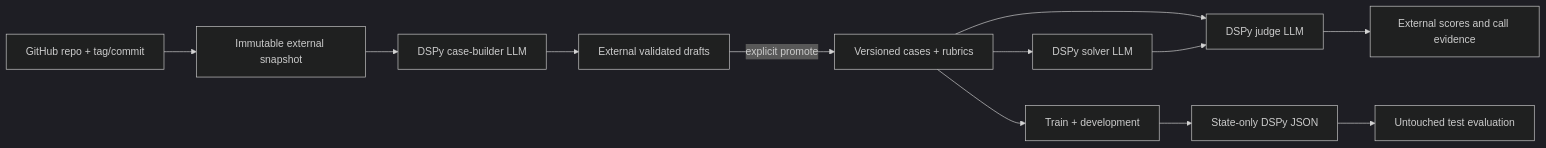
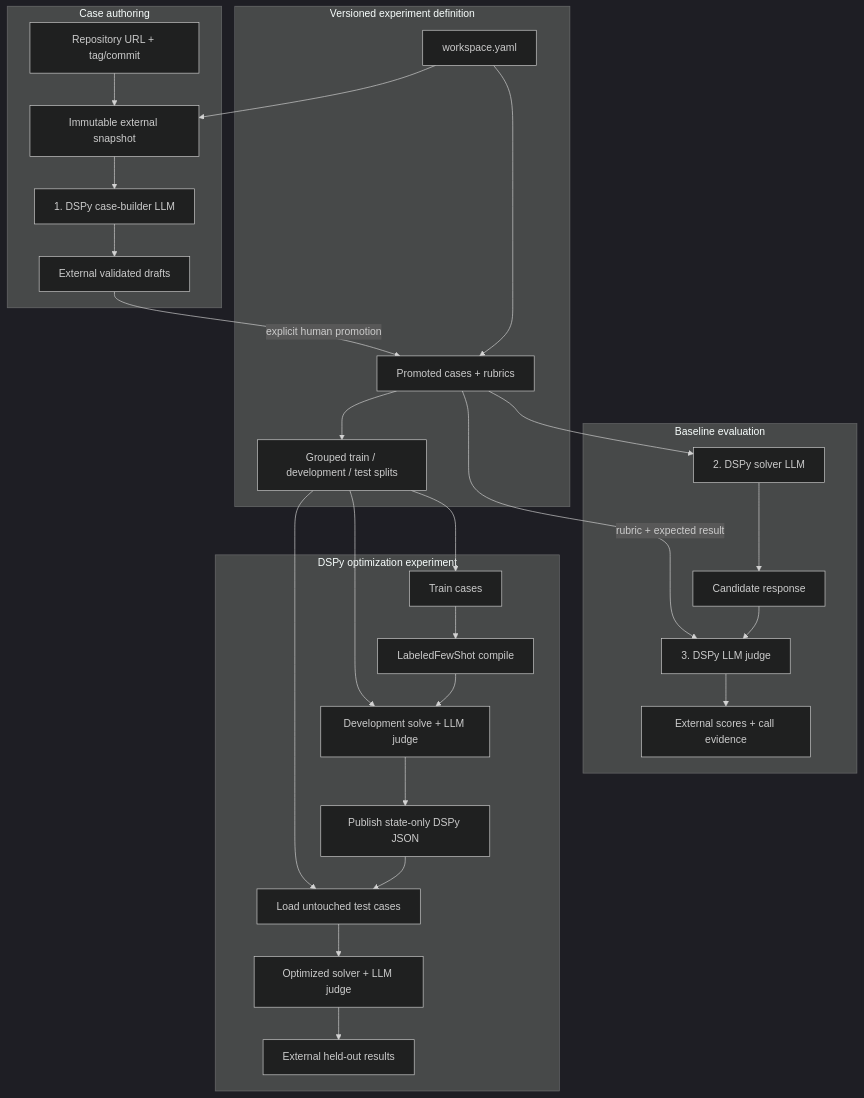
One commit to mainsequence-sdk/SdkAgentTraining changed the diagram in README.md. Above: the diagram before and after it, drawn with Mermaid (dark theme). The commit also changed other lines of this file and 9 other files, not shown here.

Commit message:
docs: align README with generic workspace architecture

````diff
--- a/README.md
+++ b/README.md
@@ -9,14 +34,38 @@
 ```mermaid
-flowchart LR
-    Repo["GitHub repo + tag/commit"] --> Snapshot["Immutable external snapshot"]
-    Snapshot --> Builder["DSPy case-builder LLM"]
-    Builder --> Drafts["External validated drafts"]
-    Drafts -->|"explicit promote"| Cases["Versioned cases + rubrics"]
-    Cases --> Solver["DSPy solver LLM"]
-    Cases --> Judge["DSPy judge LLM"]
-    Solver --> Judge
-    Judge --> Results["External scores and call evidence"]
-    Cases --> TrainDev["Train + development"]
-    TrainDev --> Compile["State-only DSPy JSON"]
-    Compile --> Test["Untouched test evaluation"]
+flowchart TB
+    subgraph Definition["Versioned experiment definition"]
+        Workspace["workspace.yaml"]
+        Cases["Promoted cases + rubrics"]
+        Splits["Grouped train / development / test splits"]
+        Workspace --> Cases
+        Cases --> Splits
+    end
+
+    subgraph Authoring["Case authoring"]
+        Repo["Repository URL + tag/commit"] --> Snapshot["Immutable external snapshot"]
+        Workspace --> Snapshot
+        Snapshot --> Builder["1. DSPy case-builder LLM"]
+        Builder --> Drafts["External validated drafts"]
+        Drafts -->|"explicit human promotion"| Cases
+    end
+
+    subgraph Baseline["Baseline evaluation"]
+        Cases --> Solver["2. DSPy solver LLM"]
+        Solver --> Candidate["Candidate response"]
+        Candidate --> Judge["3. DSPy LLM judge"]
+        Cases -->|"rubric + expected result"| Judge
+        Judge --> BaselineResults["External scores + call evidence"]
+    end
+
+    subgraph Optimization["DSPy optimization experiment"]
+        Splits --> Train["Train cases"]
+        Train --> Compile["LabeledFewShot compile"]
+        Compile --> Development["Development solve + LLM judge"]
+        Splits --> Development
+        Development --> Published["Publish state-only DSPy JSON"]
+        Published --> Test["Load untouched test cases"]
+        Splits --> Test
+        Test --> Final["Optimized solver + LLM judge"]
+        Final --> OptimizedResults["External held-out results"]
+    end
 ```
````
